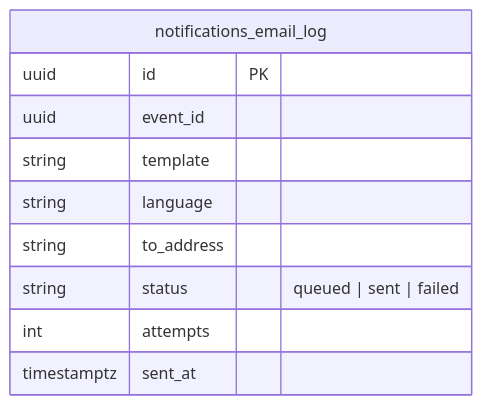
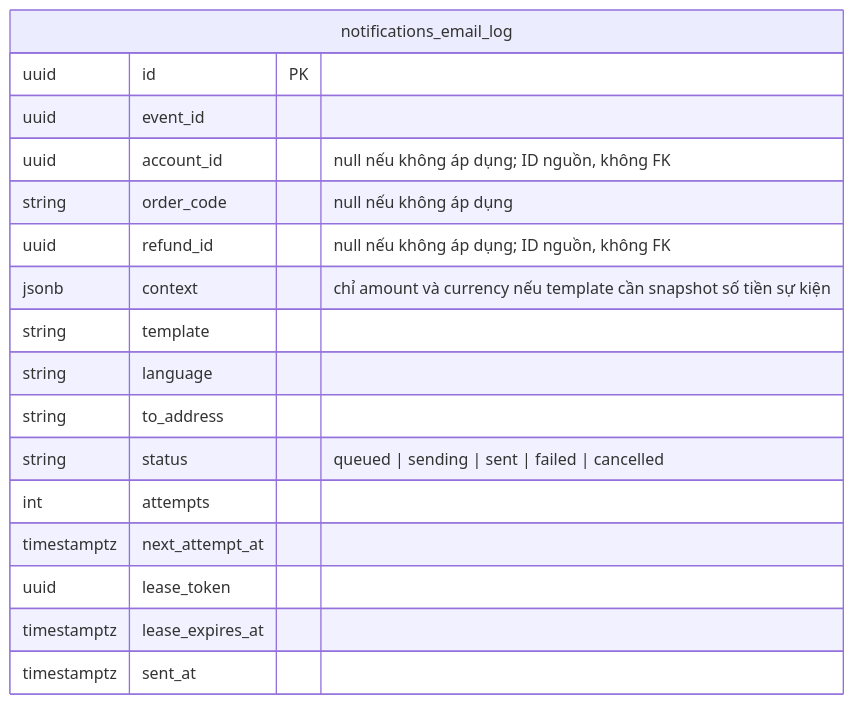
The ninth of 9 diagrams in docs/architecture/03-data-model.md (LuongCongThanh/boilerplate-ecommerce-next-16), drawn with Mermaid before and after one commit. The commit also changed other lines of this file and 24 other files, not shown here.

Commit message:
docs: refine backend architecture and recovery contracts

````diff
--- a/docs/architecture/03-data-model.md
+++ b/docs/architecture/03-data-model.md
@@ -493,13 +549,20 @@
 ```mermaid
 erDiagram
     notifications_email_log {
         uuid id PK
         uuid event_id
+        uuid account_id "null nếu không áp dụng; ID nguồn, không FK"
+        string order_code "null nếu không áp dụng"
+        uuid refund_id "null nếu không áp dụng; ID nguồn, không FK"
+        jsonb context "chỉ amount và currency nếu template cần snapshot số tiền sự kiện"
         string template
         string language
         string to_address
-        string status "queued | sent | failed"
+        string status "queued | sending | sent | failed | cancelled"
         int attempts
+        timestamptz next_attempt_at
+        uuid lease_token
+        timestamptz lease_expires_at
         timestamptz sent_at
     }
 ```
````
